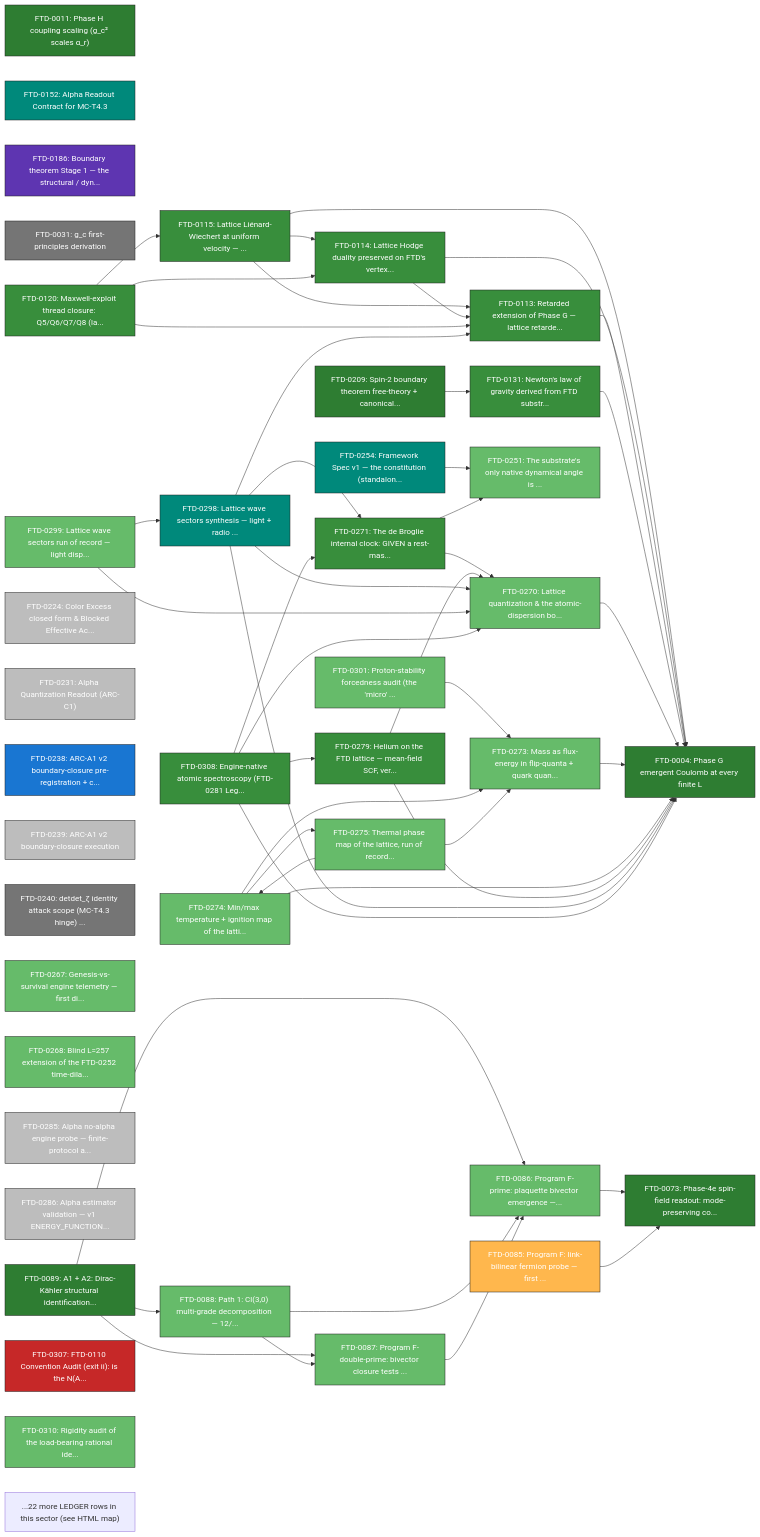
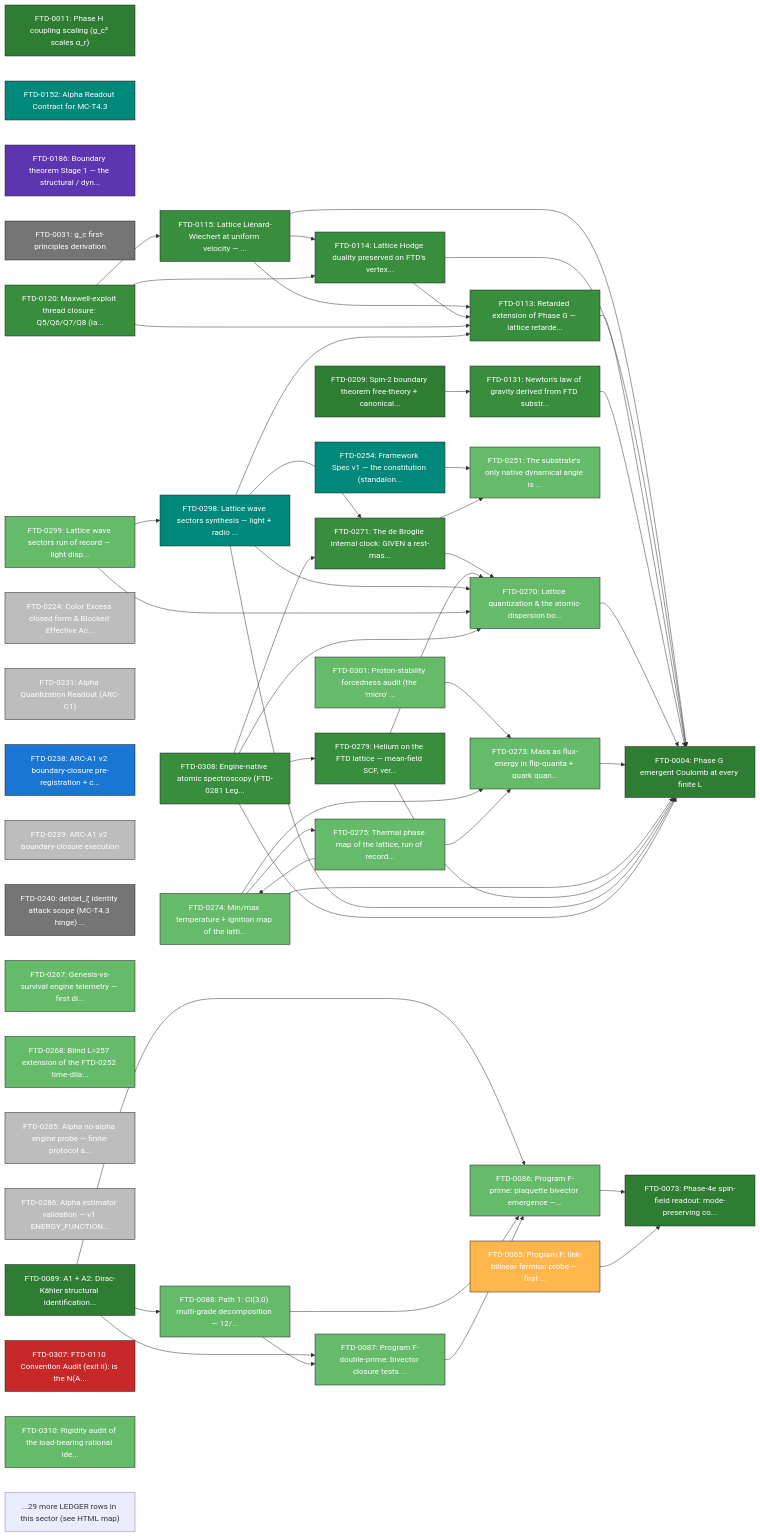
The second of 16 diagrams in docs/theory/09_mathematical/NODE_MAP_FTD_MATH.md (cpaci-tani/Foundational-Ternary-Dynamics), drawn with Mermaid before and after one commit. The commit also changed other lines of this file and 2 other files, not shown here.

Commit message:
docs(tracker): dissemination-layer + x-/N_c residual sweeps logged as queued arcs (section 10); math node map regenerated from post-arc LEDGER (json + mermaid md)

````diff
--- a/docs/theory/09_mathematical/NODE_MAP_FTD_MATH.md
+++ b/docs/theory/09_mathematical/NODE_MAP_FTD_MATH.md
@@ -241,5 +243,5 @@
     FTD_0308 --> FTD_0270
     FTD_0308 --> FTD_0271
     FTD_0308 --> FTD_0279
-    note["...22 more LEDGER rows in this sector (see HTML map)"]
+    note["...29 more LEDGER rows in this sector (see HTML map)"]
 ```
````
